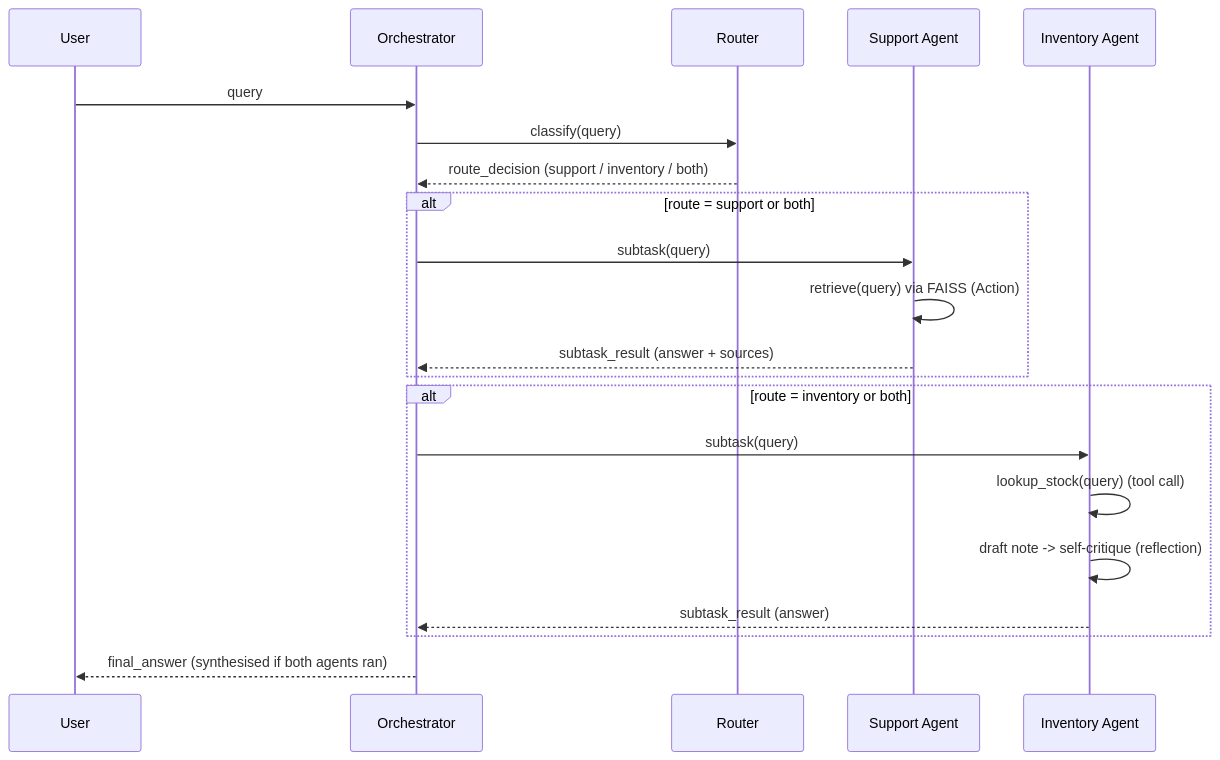
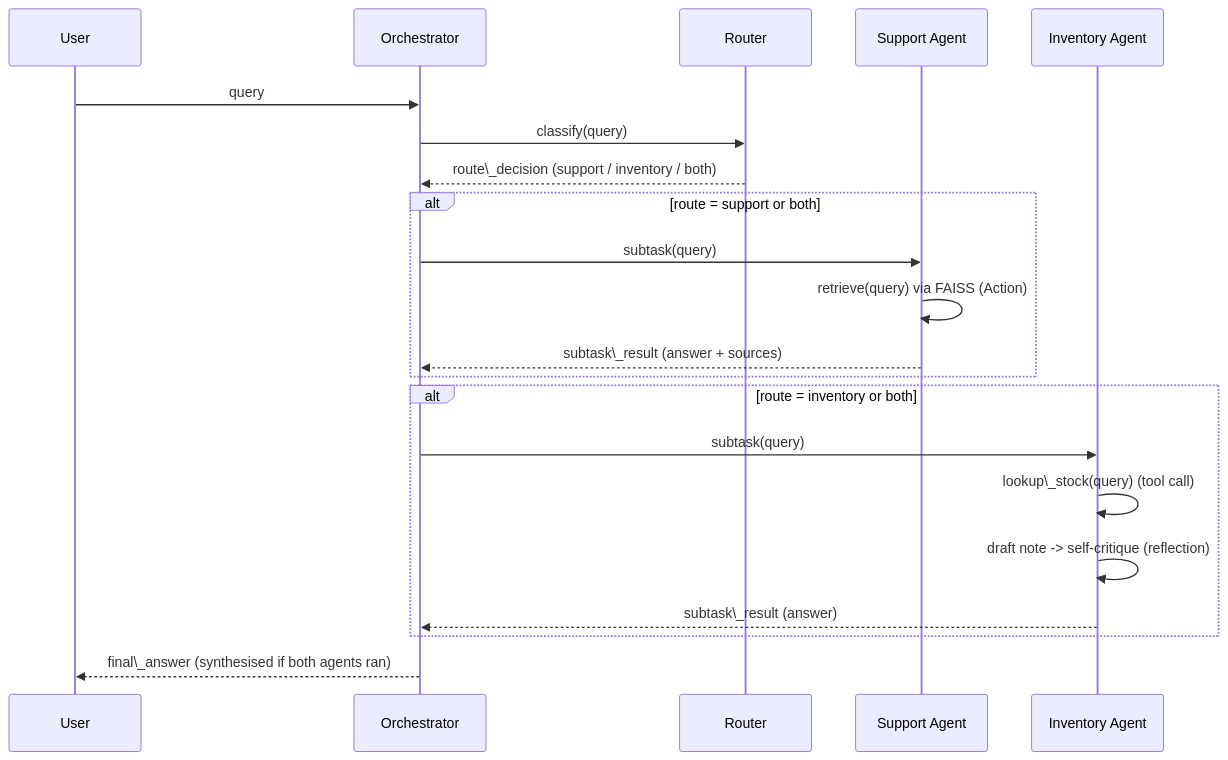
Before and after one commit to BinukaJayakody/serendib-copilot: the second of 2 diagrams in README.md, drawn with Mermaid. The commit also changed other lines of this file, not shown here.

````diff
--- a/README.md
+++ b/README.md
@@ -55,24 +55,24 @@
 ```mermaid
 sequenceDiagram
     participant User
     participant Orchestrator
     participant Router
     participant Support as Support Agent
     participant Inventory as Inventory Agent
 
     User->>Orchestrator: query
     Orchestrator->>Router: classify(query)
-    Router-->>Orchestrator: route_decision (support / inventory / both)
+    Router-->>Orchestrator: route\_decision (support / inventory / both)
     alt route = support or both
         Orchestrator->>Support: subtask(query)
         Support->>Support: retrieve(query) via FAISS  (Action)
-        Support-->>Orchestrator: subtask_result (answer + sources)
+        Support-->>Orchestrator: subtask\_result (answer + sources)
     end
     alt route = inventory or both
         Orchestrator->>Inventory: subtask(query)
-        Inventory->>Inventory: lookup_stock(query)  (tool call)
+        Inventory->>Inventory: lookup\_stock(query)  (tool call)
         Inventory->>Inventory: draft note -> self-critique (reflection)
-        Inventory-->>Orchestrator: subtask_result (answer)
+        Inventory-->>Orchestrator: subtask\_result (answer)
     end
-    Orchestrator-->>User: final_answer (synthesised if both agents ran)
+    Orchestrator-->>User: final\_answer (synthesised if both agents ran)
 ```
````
